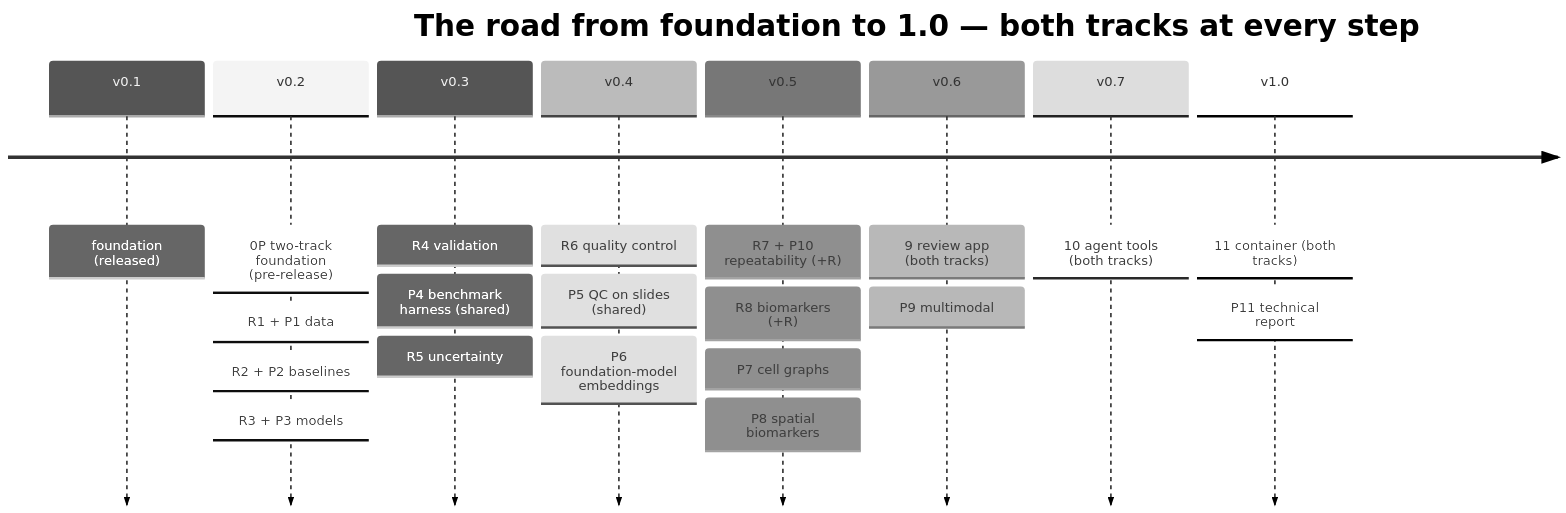
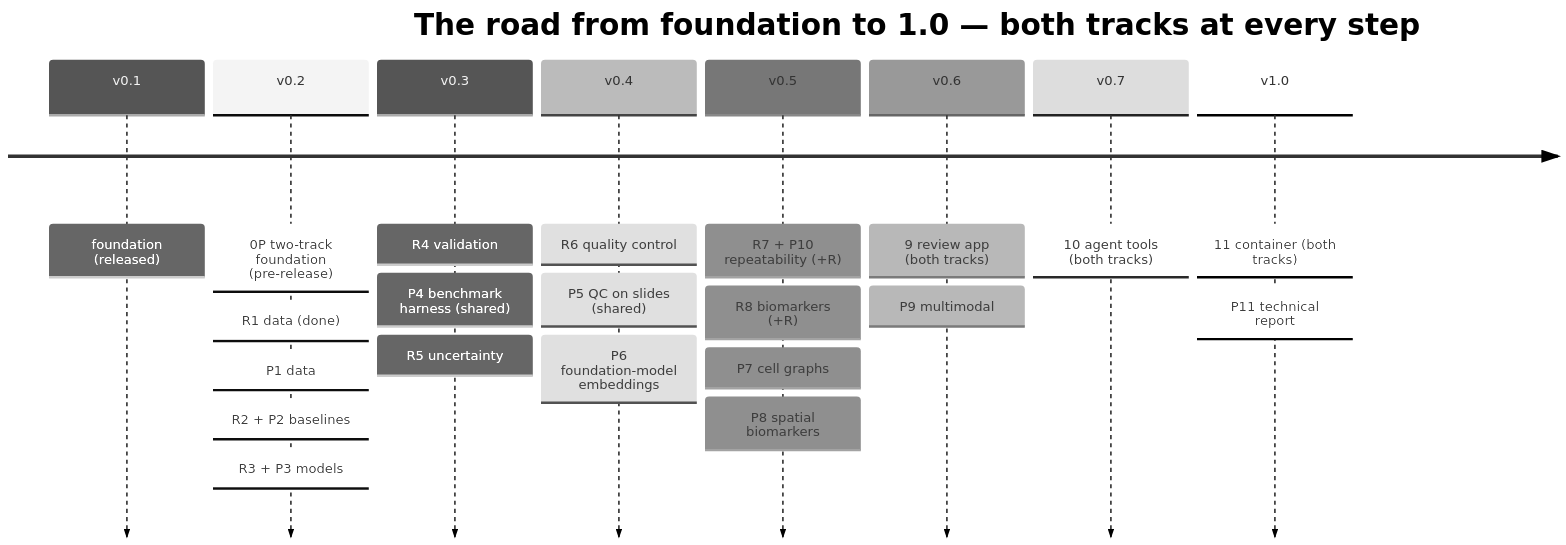
The diagram in docs/05-roadmap.md (akannan2987/segaudit), drawn with Mermaid (neutral theme) before and after one commit. The commit also changed other lines of this file and 21 other files, not shown here.

Commit message:
phase 1: Track R data - tutorial, certifi-backed download, demo DICOM series, docs, lock refreshed

````diff
--- a/docs/05-roadmap.md
+++ b/docs/05-roadmap.md
@@ -15,12 +15,12 @@
 ```mermaid
 timeline
     title The road from foundation to 1.0 — both tracks at every step
     v0.1 : foundation (released)
-    v0.2 : 0P two-track foundation (pre-release) : R1 + P1 data : R2 + P2 baselines : R3 + P3 models
+    v0.2 : 0P two-track foundation (pre-release) : R1 data (done) : P1 data : R2 + P2 baselines : R3 + P3 models
     v0.3 : R4 validation : P4 benchmark harness (shared) : R5 uncertainty
     v0.4 : R6 quality control : P5 QC on slides (shared) : P6 foundation-model embeddings
     v0.5 : R7 + P10 repeatability (+R) : R8 biomarkers (+R) : P7 cell graphs : P8 spatial biomarkers
     v0.6 : 9 review app (both tracks) : P9 multimodal
     v0.7 : 10 agent tools (both tracks)
     v1.0 : 11 container (both tracks) : P11 technical report
 ```
````
